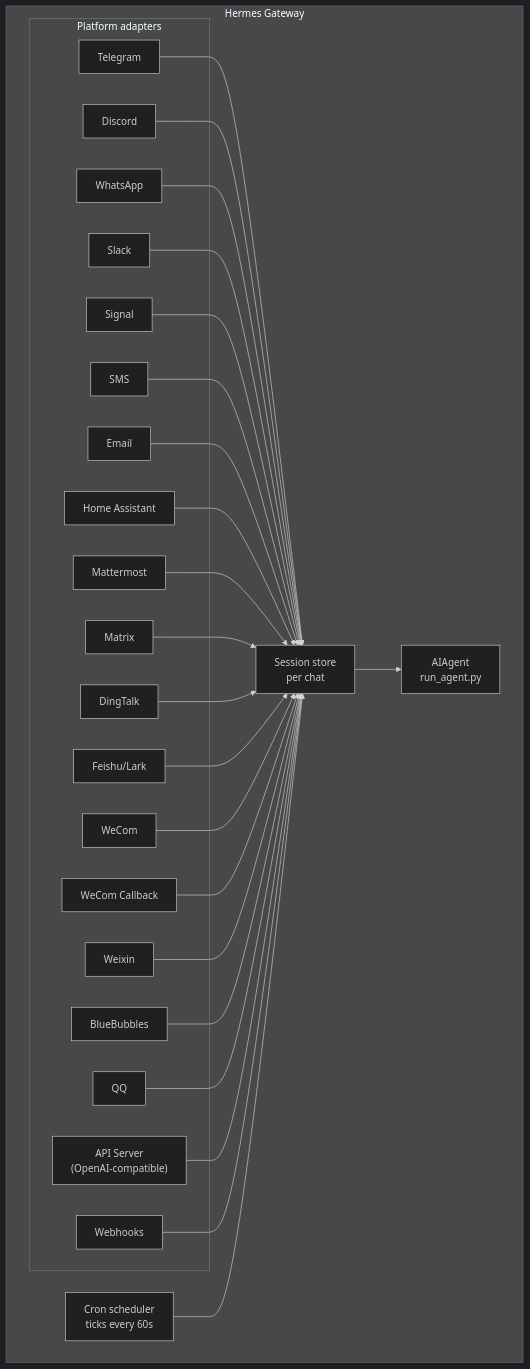
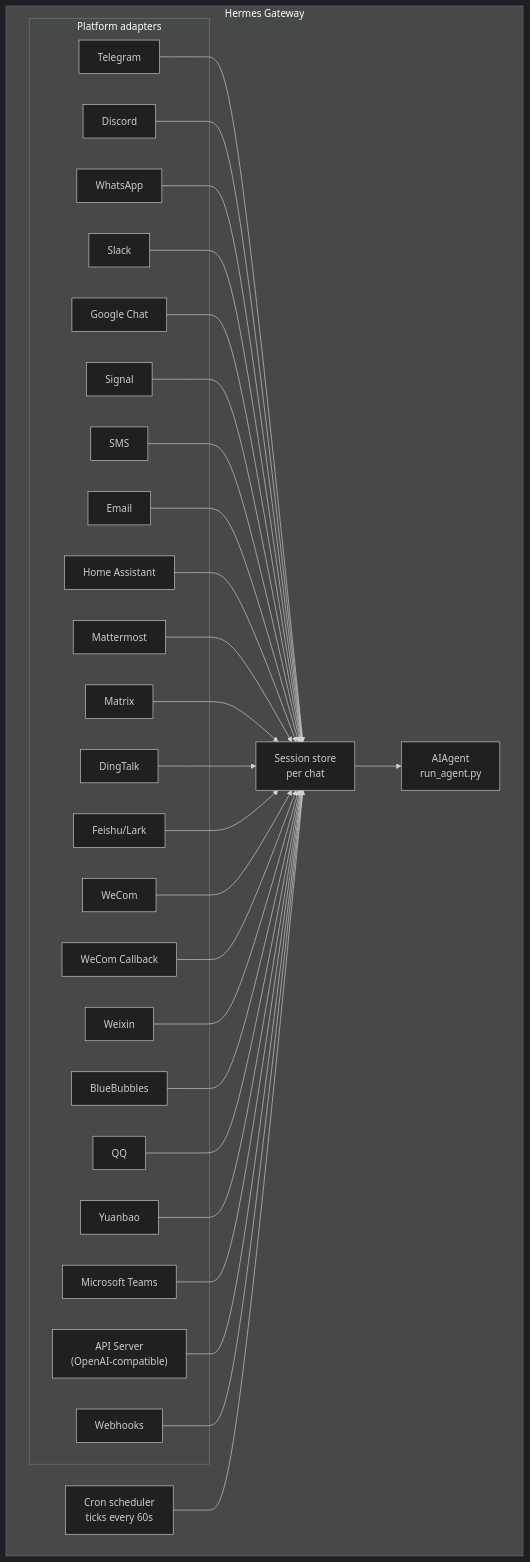
The diagram in hermes-agent/website/docs/user-guide/messaging/index.md (SketchOTP/animus), drawn with Mermaid (dark theme) before and after one commit. The commit also changed other lines of this file and 2277 other files, not shown here.

````diff
--- a/hermes-agent/website/docs/user-guide/messaging/index.md
+++ b/hermes-agent/website/docs/user-guide/messaging/index.md
@@ -39,52 +43,58 @@
 ```mermaid
 flowchart TB
     subgraph Gateway["Hermes Gateway"]
         subgraph Adapters["Platform adapters"]
             tg[Telegram]
             dc[Discord]
             wa[WhatsApp]
             sl[Slack]
+            gc[Google Chat]
             sig[Signal]
             sms[SMS]
             em[Email]
             ha[Home Assistant]
             mm[Mattermost]
             mx[Matrix]
             dt[DingTalk]
     fs[Feishu/Lark]
     wc[WeCom]
     wcb[WeCom Callback]
     wx[Weixin]
     bb[BlueBubbles]
     qq[QQ]
-            api["API Server<br/>(OpenAI-compatible)"]
-            wh[Webhooks]
+    yb[Yuanbao]
+    ms[Microsoft Teams]
+    api["API Server<br/>(OpenAI-compatible)"]
+    wh[Webhooks]
         end
 
         store["Session store<br/>per chat"]
         agent["AIAgent<br/>run_agent.py"]
         cron["Cron scheduler<br/>ticks every 60s"]
     end
 
     tg --> store
     dc --> store
     wa --> store
     sl --> store
+    gc --> store
     sig --> store
     sms --> store
     em --> store
     ha --> store
     mm --> store
     mx --> store
     dt --> store
     fs --> store
     wc --> store
     wcb --> store
     wx --> store
     bb --> store
     qq --> store
+    yb --> store
+    ms --> store
     api --> store
     wh --> store
     store --> agent
     cron --> store
 ```
````
